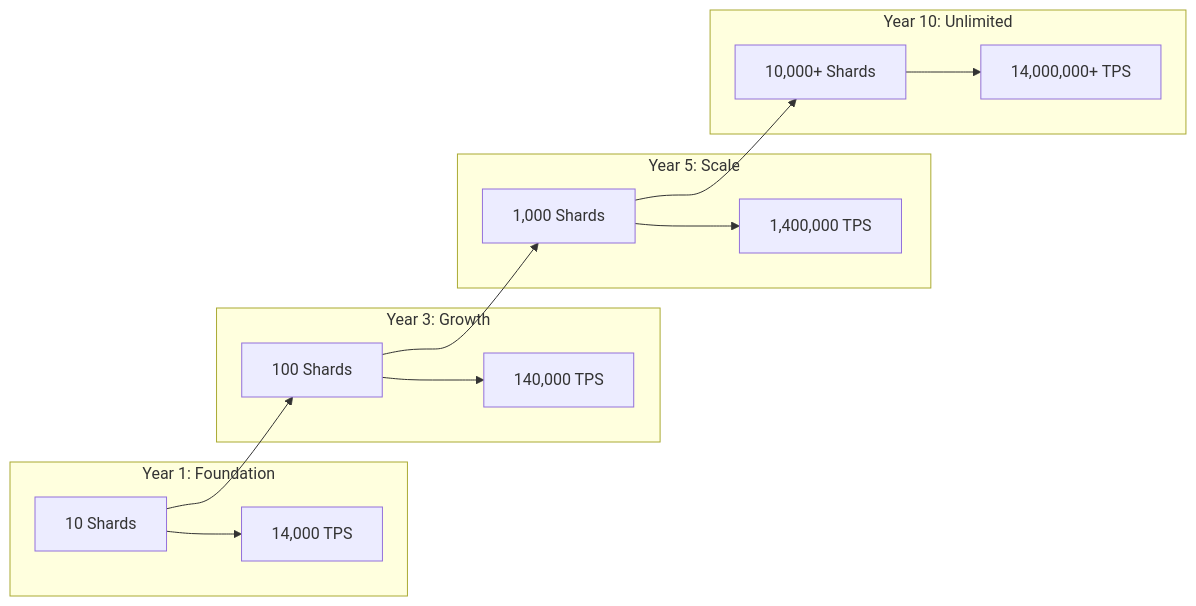
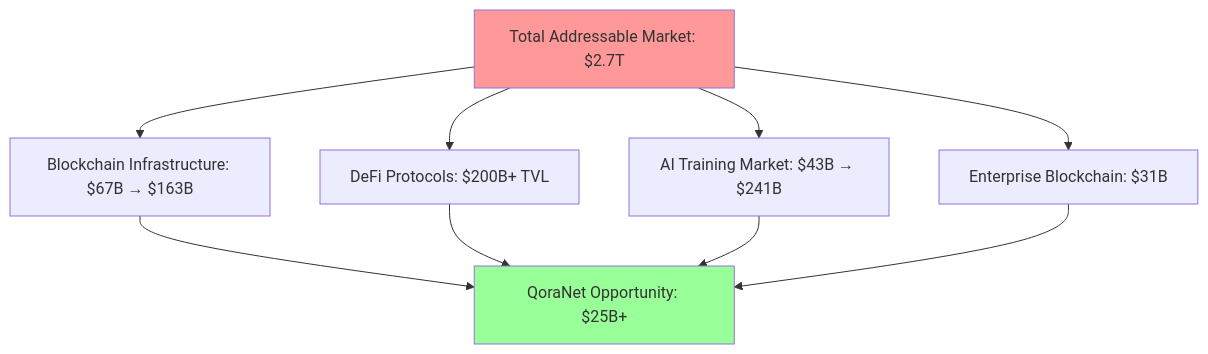
One commit to QoraNet/.github changed the first of 8 diagrams in profile/README.md. Above: the diagram before and after it, drawn with Mermaid. The commit also changed other lines of this file, not shown here.

````diff
--- a/profile/README.md
+++ b/profile/README.md
@@ -31,20 +23,15 @@
 ```mermaid
-graph LR
-    subgraph "Year 1: Foundation"
-        A[10 Shards] --> B[14,000 TPS]
-    end
+graph TB
+    A[Total Addressable Market: $2.7T] --> B[Blockchain Infrastructure: $67B → $163B]
+    A --> C[DeFi Protocols: $200B+ TVL]
+    A --> D[AI Training Market: $43B → $241B]
+    A --> E[Enterprise Blockchain: $31B]
     
-    subgraph "Year 3: Growth" 
-        C[100 Shards] --> D[140,000 TPS]
-    end
+    B --> F[QoraNet Opportunity: $25B+]
+    C --> F
+    D --> F
+    E --> F
     
-    subgraph "Year 5: Scale"
-        E[1,000 Shards] --> F[1,400,000 TPS]
-    end
-    
-    subgraph "Year 10: Unlimited"
-        G[10,000+ Shards] --> H[14,000,000+ TPS]
-    end
-    
-    A --> C --> E --> G
+    style A fill:#ff9999
+    style F fill:#99ff99
 ```
````
